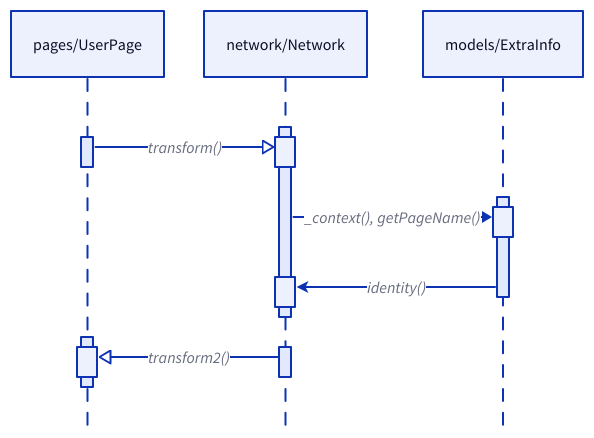
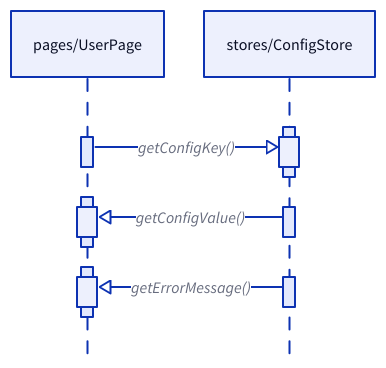
The fifth of 5 diagrams in architect/references/flow.md (sien75/GraphiCode-skills), drawn with D2 before and after one commit. The commit also changed other lines of this file and 2 other files, not shown here.

Commit message:
adjust flow md description

````diff
--- a/architect/references/flow.md
+++ b/architect/references/flow.md
@@ -119,31 +100,27 @@
 ```d2
 shape: sequence_diagram
 
 UserPage: pages/UserPage
-Network: network/Network
-ExtraInfo: models/ExtraInfo
+ConfigStore: stores/ConfigStore
 
-# 0
-UserPage.onUserClick -> Network.triggerReq.id: transform() {
+# 0 linked
+UserPage.init -> ConfigStore.read.key: getConfigKey() {
   target-arrowhead: {
     style.filled: false
   }
 }
 
-# 1
-Network.triggerReq -> ExtraInfo.getToken.pageName: _context(), getPageName()
-
-# 2
-ExtraInfo.getToken -> Network.triggerReq.token: identity() {
+# 1 link to 0
+ConfigStore.readSuccess -> UserPage.render.config: getConfigValue() {
   target-arrowhead: {
-    shape: arrow
+    style.filled: false
   }
 }
 
-# 3
-Network.onRes -> UserPage.renderDOM.userInfo: transform2() {
+# 2 link to 0
+ConfigStore.readError -> UserPage.showInitError.error: getErrorMessage() {
   target-arrowhead: {
     style.filled: false
   }
 }
 ```
````
